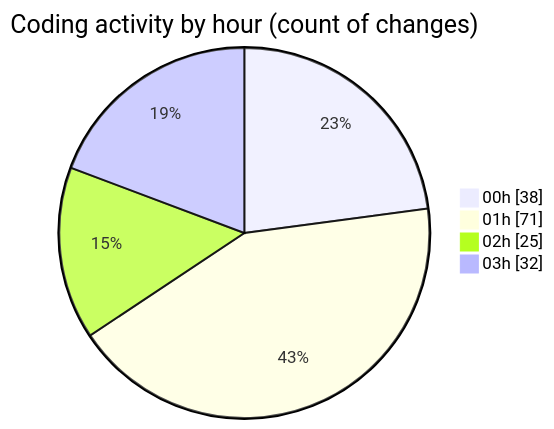
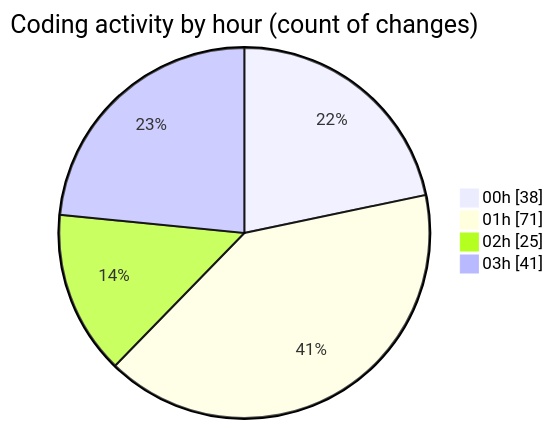
The second of 2 diagrams in 2025-07-27/quanlyrapchieuphim-1/README.md (lephambinh05/code-tracking), drawn with Mermaid before and after one commit. The commit also changed other lines of this file and 1 other file, not shown here.

````diff
--- a/2025-07-27/quanlyrapchieuphim-1/README.md
+++ b/2025-07-27/quanlyrapchieuphim-1/README.md
@@ -69,8 +71,8 @@
 ```mermaid
 pie showData
 title Coding activity by hour (count of changes)
 "00h" : 38
 "01h" : 71
 "02h" : 25
-"03h" : 32
+"03h" : 41
 ```
````
